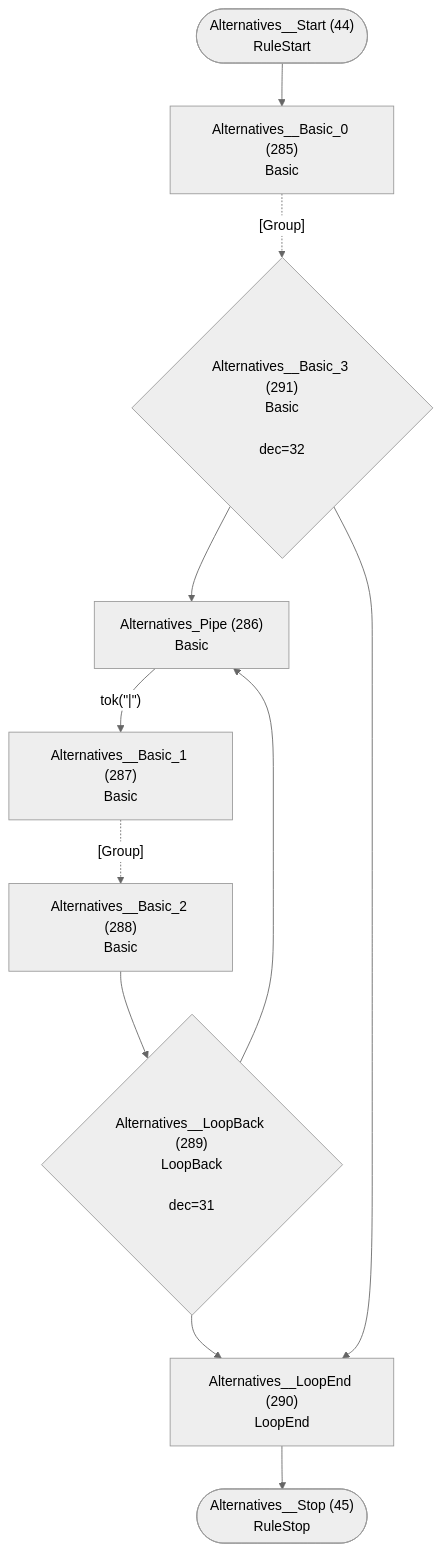
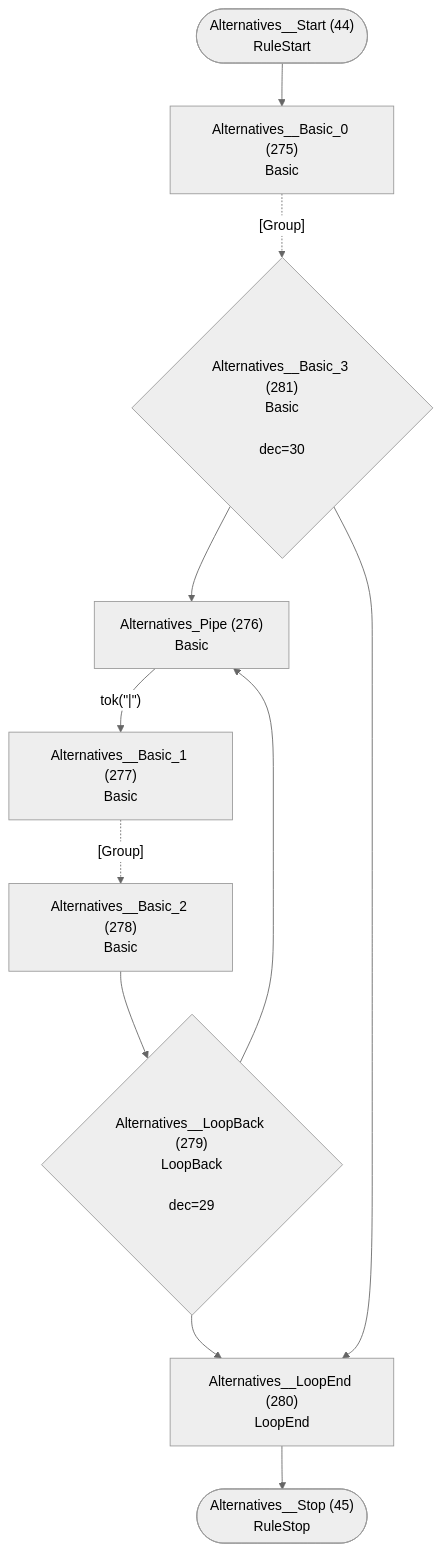
Before and after one commit to TypeFox/fastbelt: diagram 23 of 40 in internal/grammar/atn.md, drawn with Mermaid (neutral theme). The commit also changed other lines of this file and 145 other files, not shown here.

````diff
--- a/internal/grammar/atn.md
+++ b/internal/grammar/atn.md
@@ -679,23 +657,23 @@
 ```mermaid
 flowchart TD
     q44(["Alternatives__Start (44)<br/>RuleStart"])
     q45(["Alternatives__Stop (45)<br/>RuleStop"])
-    q285["Alternatives__Basic_0 (285)<br/>Basic<br/>"]
-    q286["Alternatives_Pipe (286)<br/>Basic<br/>"]
-    q287["Alternatives__Basic_1 (287)<br/>Basic<br/>"]
-    q288["Alternatives__Basic_2 (288)<br/>Basic<br/>"]
-    q289{"Alternatives__LoopBack (289)<br/>LoopBack<br/><br/>dec=31"}
-    q290["Alternatives__LoopEnd (290)<br/>LoopEnd<br/>"]
-    q291{"Alternatives__Basic_3 (291)<br/>Basic<br/><br/>dec=32"}
+    q275["Alternatives__Basic_0 (275)<br/>Basic<br/>"]
+    q276["Alternatives_Pipe (276)<br/>Basic<br/>"]
+    q277["Alternatives__Basic_1 (277)<br/>Basic<br/>"]
+    q278["Alternatives__Basic_2 (278)<br/>Basic<br/>"]
+    q279{"Alternatives__LoopBack (279)<br/>LoopBack<br/><br/>dec=29"}
+    q280["Alternatives__LoopEnd (280)<br/>LoopEnd<br/>"]
+    q281{"Alternatives__Basic_3 (281)<br/>Basic<br/><br/>dec=30"}
 
-    q44 --> q285
-    q285 -.->|"[Group]"| q291
-    q286 -->|"tok(&quot;|&quot;)"| q287
-    q287 -.->|"[Group]"| q288
-    q288 --> q289
-    q289 --> q286
-    q289 --> q290
-    q290 --> q45
-    q291 --> q286
-    q291 --> q290
+    q44 --> q275
+    q275 -.->|"[Group]"| q281
+    q276 -->|"tok(&quot;|&quot;)"| q277
+    q277 -.->|"[Group]"| q278
+    q278 --> q279
+    q279 --> q276
+    q279 --> q280
+    q280 --> q45
+    q281 --> q276
+    q281 --> q280
 ```
````
